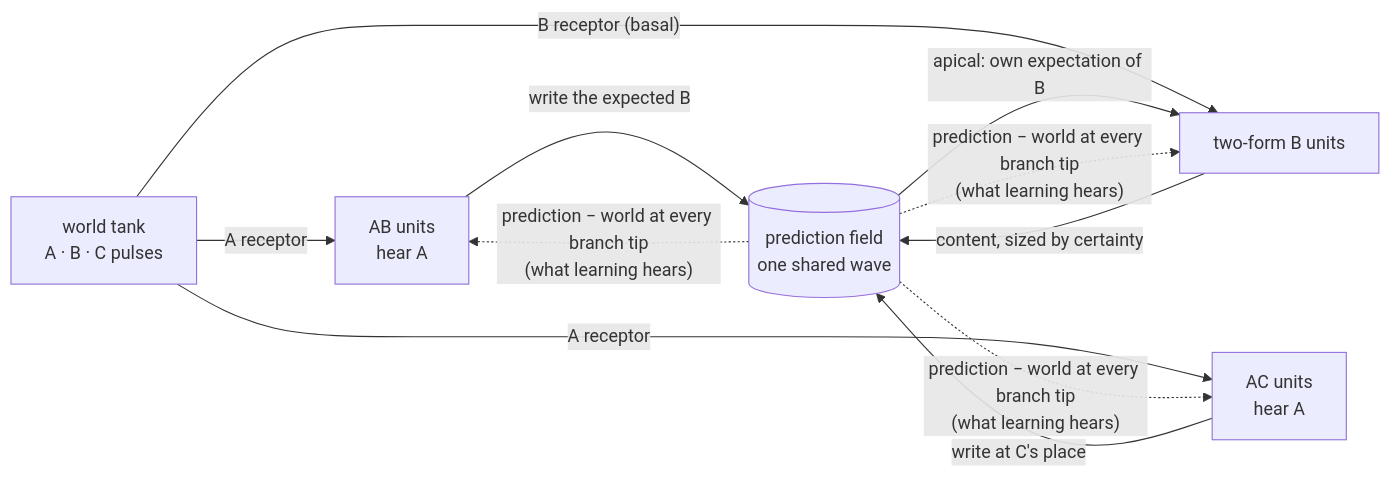
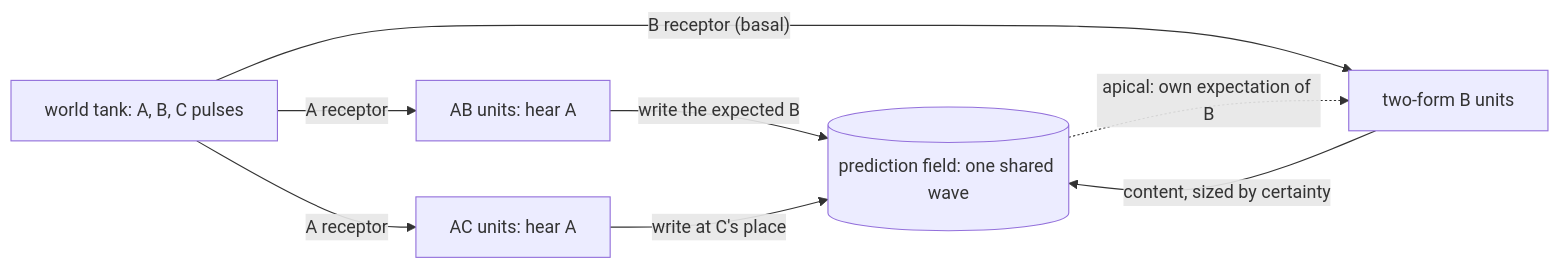
The diagram in README.md (anttiluode/WaveComputer), drawn with Mermaid before and after one commit. The commit also changed other lines of this file, not shown here.

Commit message:
README: simpler diagram syntax

````diff
--- a/README.md
+++ b/README.md
@@ -25,11 +25,10 @@
 ```mermaid
 flowchart LR
-    W["world tank<br/>A · B · C pulses"] -->|A receptor| AB["AB units<br/>hear A"]
-    W -->|A receptor| AC["AC units<br/>hear A"]
+    W["world tank: A, B, C pulses"] -->|"A receptor"| AB["AB units: hear A"]
+    W -->|"A receptor"| AC["AC units: hear A"]
     W -->|"B receptor (basal)"| BU["two-form B units"]
-    AB -->|"write the expected B"| P[("prediction field<br/>one shared wave")]
+    AB -->|"write the expected B"| P[("prediction field: one shared wave")]
     AC -->|"write at C's place"| P
     BU -->|"content, sized by certainty"| P
-    P -->|"apical: own expectation of B"| BU
-    P -. "prediction − world at every branch tip<br/>(what learning hears)" .-> AB & AC & BU
+    P -.->|"apical: own expectation of B"| BU
 ```
````
